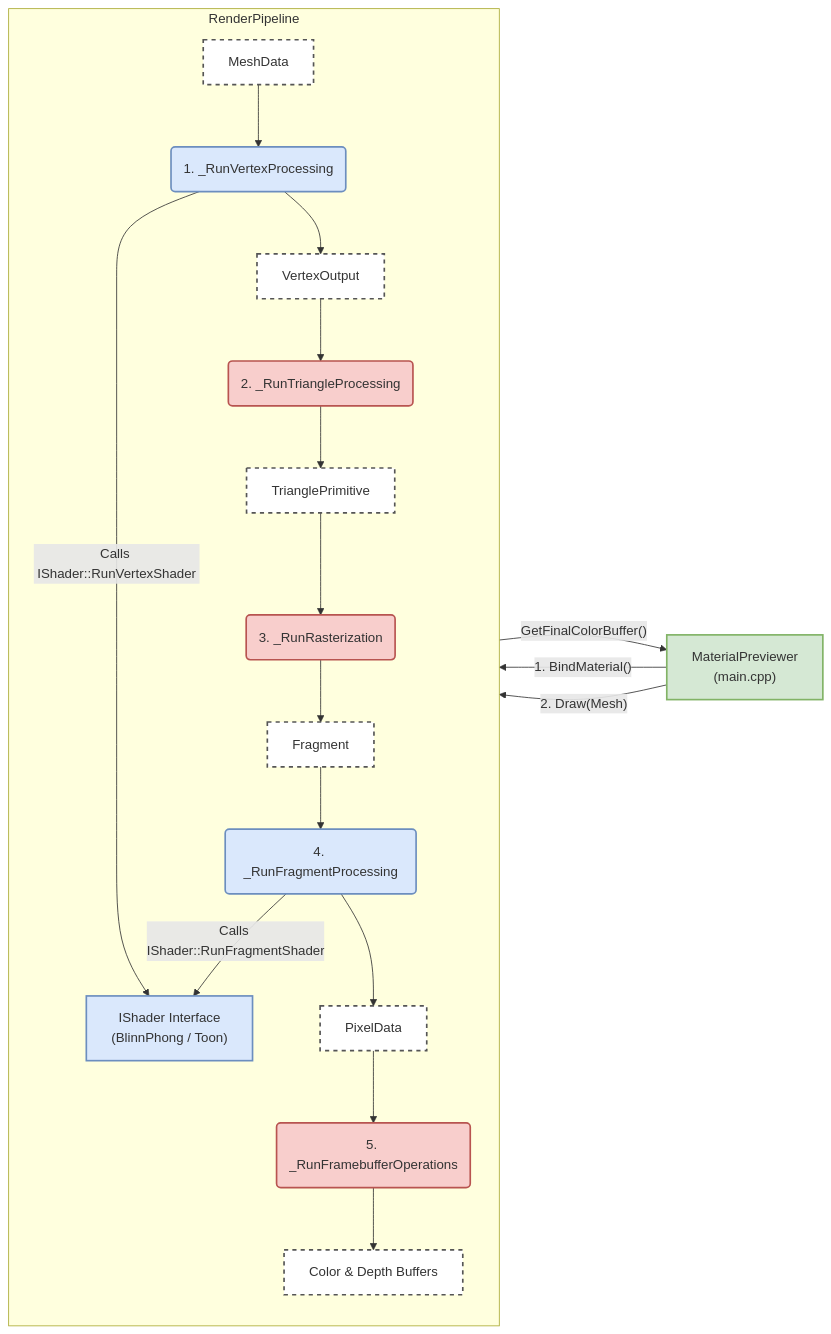
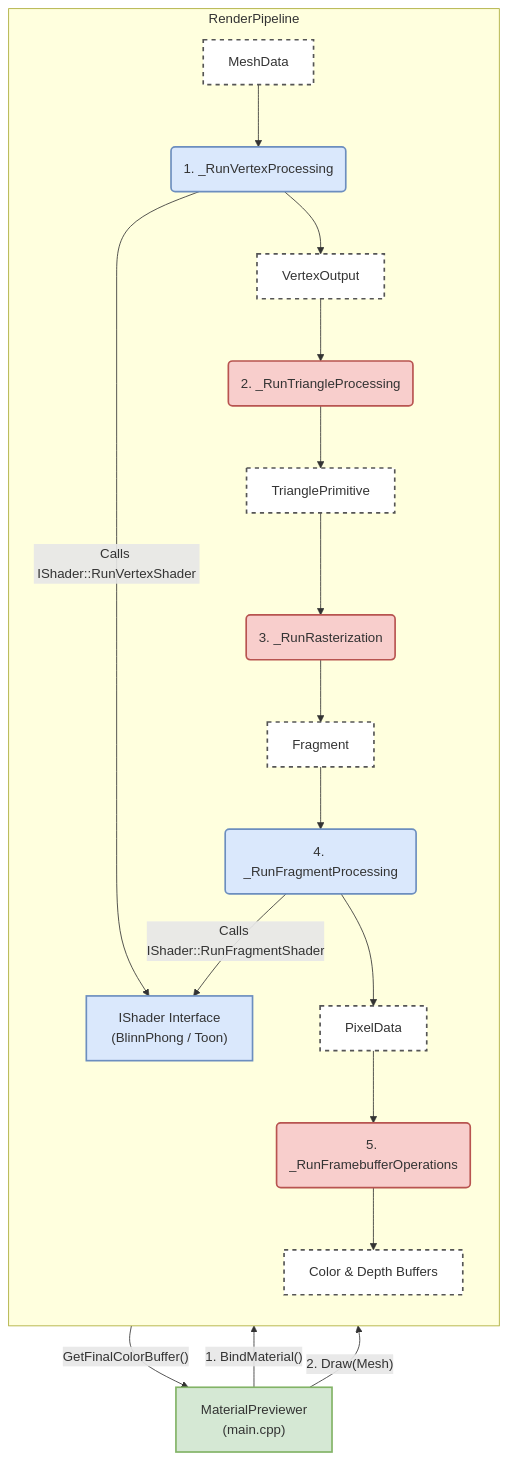
The second of 2 diagrams in README.md (terrytwchen/MiniRasterizer), drawn with Mermaid before and after one commit.

Commit message:
turn system design diagram to TopDown

````diff
--- a/README.md
+++ b/README.md
@@ -67,51 +67,51 @@
 ```mermaid
-graph LR
+graph TD
     %% === 1. Define Node Styles ===
     classDef programmable fill:#DAE8FC,stroke:#6C8EBF,stroke-width:2px
     classDef fixed fill:#F8CECC,stroke:#B85450,stroke-width:2px
     classDef data fill:#FFF,stroke:#555,stroke-width:2px,stroke-dasharray: 5 5
     classDef entry fill:#D5E8D4,stroke:#82B366,stroke-width:2px
 
     %% === 2. Define Main Application Flow ===
     Main["MaterialPreviewer<br>(main.cpp)"]:::entry
     Shader["IShader Interface<br>(BlinnPhong / Toon)"]:::programmable
     
     Main -- "1. BindMaterial()" --> Shader
     Main -- "2. Draw(Mesh)" --> Stage1
     
     %% === 3. Define The Pipeline Subgraph ===
     subgraph RenderPipeline
         direction TB
 
         %% Pipeline Stages
         Stage1(1. _RunVertexProcessing):::programmable
         Stage2(2. _RunTriangleProcessing):::fixed
         Stage3(3. _RunRasterization):::fixed
         Stage4(4. _RunFragmentProcessing):::programmable
         Stage5(5. _RunFramebufferOperations):::fixed
 
         %% Data Flow
         DataIn[MeshData]:::data
         Data1[VertexOutput]:::data
         Data2[TrianglePrimitive]:::data
         Data3[Fragment]:::data
         Data4[PixelData]:::data
         DataOut[Color & Depth Buffers]:::data
 
         %% Connections within Pipeline
         Stage1 -- Calls IShader::RunVertexShader --> Shader
         DataIn --> Stage1
         Stage1 --> Data1
         Data1 --> Stage2
         Stage2 --> Data2
         Data2 --> Stage3
         Stage3 --> Data3
         Data3 --> Stage4
         Stage4 -- Calls IShader::RunFragmentShader --> Shader
         Stage4 --> Data4
         Data4 --> Stage5
         Stage5 --> DataOut
     end
 
     DataOut -- "GetFinalColorBuffer()" --> Main
 ```
````
